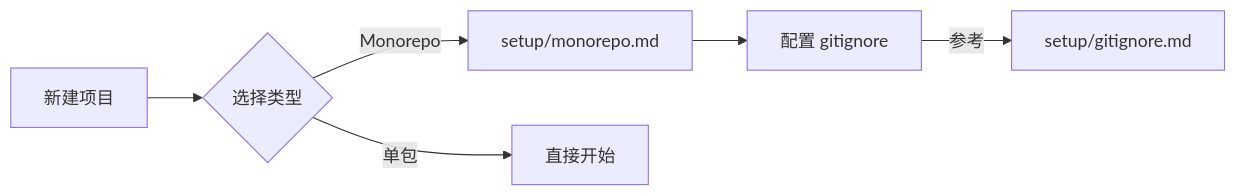
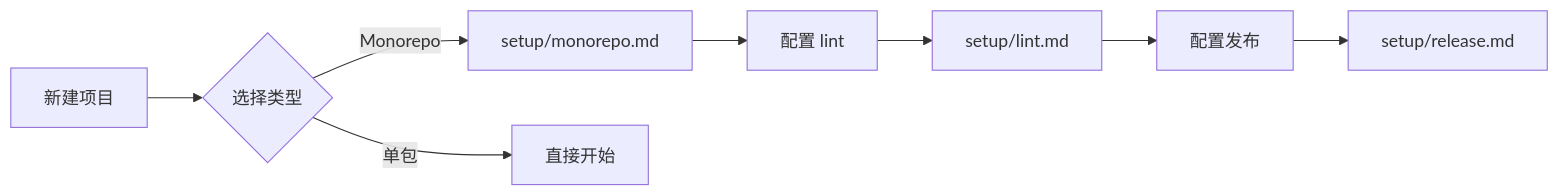
One commit to builden/bd-box changed the first of 4 diagrams in plugins/bd-dev/skills/bun-best-practices/README.md. Above: the diagram before and after it, drawn with Mermaid. The commit also changed other lines of this file and 10 other files, not shown here.

````diff
--- a/plugins/bd-dev/skills/bun-best-practices/README.md
+++ b/plugins/bd-dev/skills/bun-best-practices/README.md
@@ -94,8 +59,10 @@
 ```mermaid
 flowchart LR
     A[新建项目] --> B{选择类型}
     B -->|Monorepo| C[setup/monorepo.md]
     B -->|单包| D[直接开始]
-    C --> E[配置 gitignore]
-    E -->|参考| F[setup/gitignore.md]
+    C --> E[配置 lint]
+    E --> F[setup/lint.md]
+    F --> G[配置发布]
+    G --> H[setup/release.md]
 ```
````
